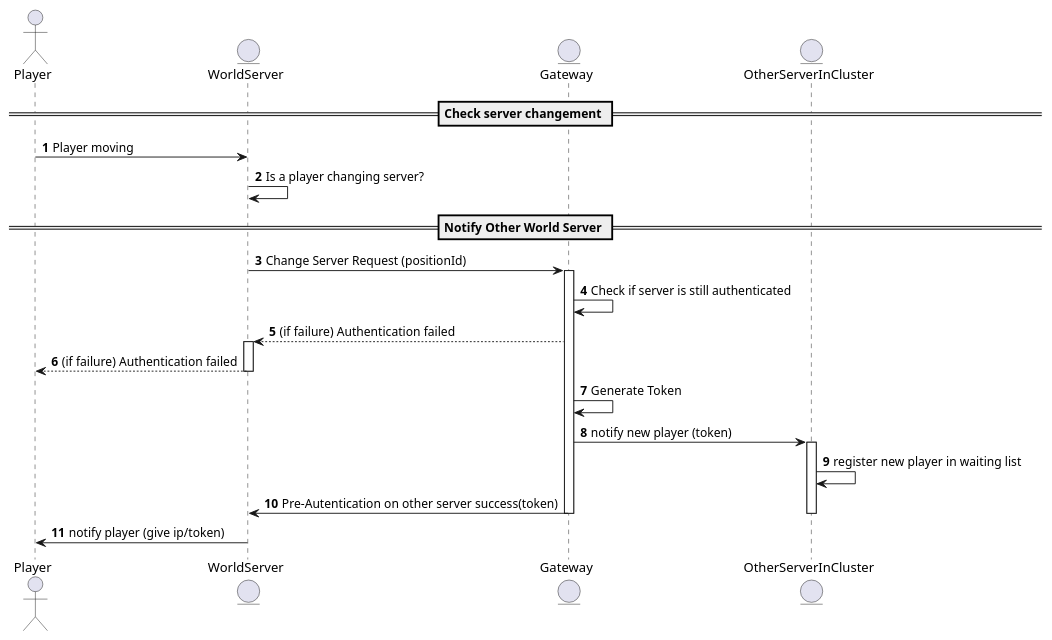
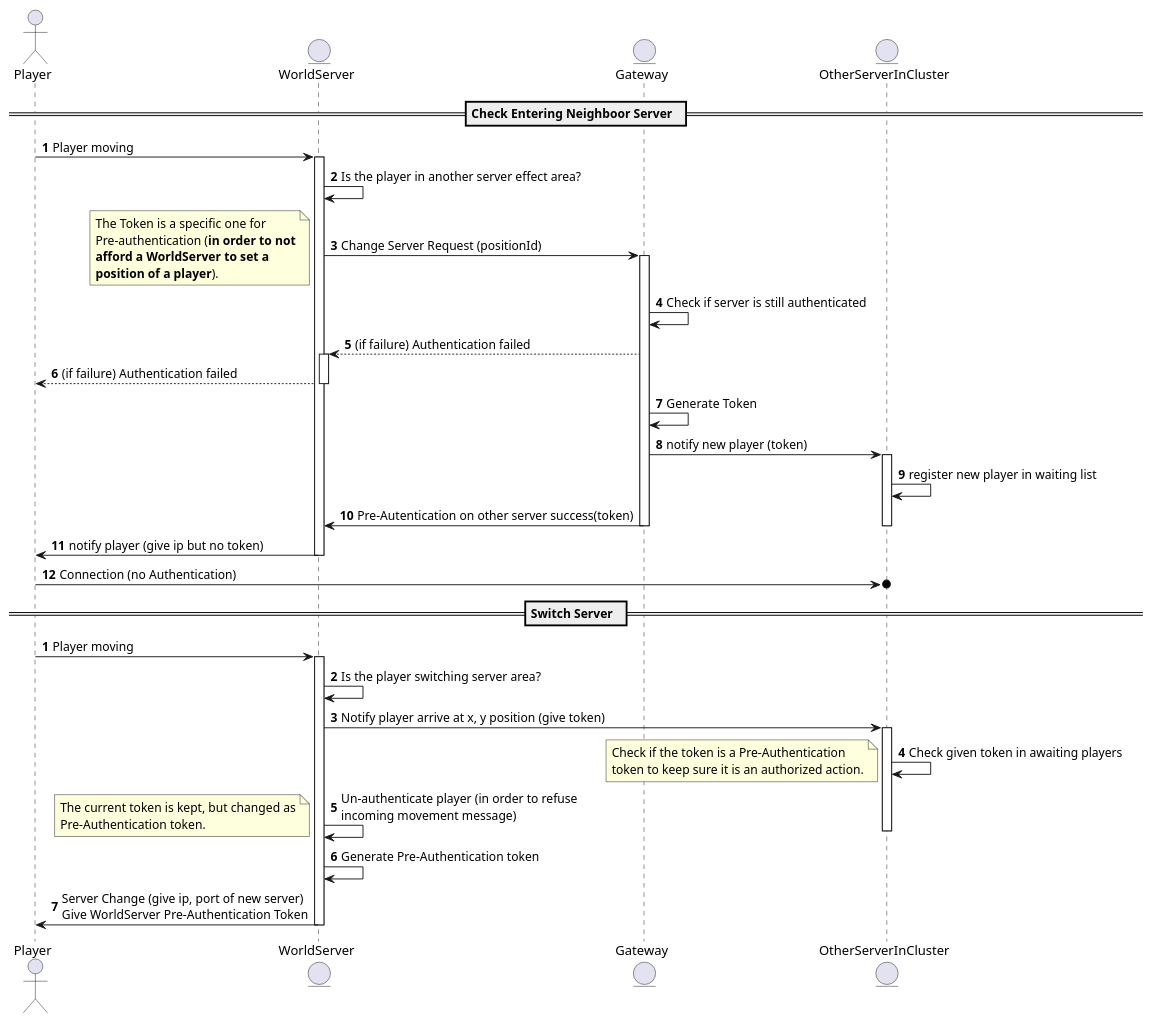
The diagram in Utils/resource/PlayerWorldServerSwitch.puml (FreeYourSoul/DEPRECATED_FreeYourSoul_Server), drawn with PlantUML before and after one commit. The commit also changed 2 other files, not shown here.

Commit message:
[FYS] [Gateway]: - change uml

```diff
--- a/Utils/resource/PlayerWorldServerSwitch.puml
+++ b/Utils/resource/PlayerWorldServerSwitch.puml
@@ -1,33 +1,53 @@
 @startuml
 actor Player
 entity WorldServer
 entity Gateway
 entity OtherServerInCluster
 autonumber
-== Check server changement ==
+== Check Entering Neighboor Server  ==
 Player -> WorldServer: Player moving
-WorldServer -> WorldServer: Is a player changing server?
 
-
-== Notify Other World Server ==
+activate WorldServer
+WorldServer -> WorldServer: Is the player in another server effect area?
 WorldServer -> Gateway: Change Server Request (positionId)
 
 activate Gateway
 
+    note left: The Token is a specific one for\nPre-authentication (<b>in order to not\n<b>afford a WorldServer to set a\n<b>position of a player</b>).
     Gateway -> Gateway: Check if server is still authenticated
     WorldServer <-- Gateway: (if failure) Authentication failed
         activate WorldServer
         Player <-- WorldServer: (if failure) Authentication failed
         deactivate WorldServer
     Gateway -> Gateway: Generate Token
     Gateway -> OtherServerInCluster: notify new player (token)
 
     activate OtherServerInCluster
     OtherServerInCluster -> OtherServerInCluster: register new player in waiting list
     WorldServer <- Gateway: Pre-Autentication on other server success(token)
     deactivate OtherServerInCluster
 
 deactivate Gateway
-WorldServer -> Player: notify player (give ip/token)
+WorldServer -> Player: notify player (give ip but no token)
+deactivate WorldServer
+Player ->o OtherServerInCluster: Connection (no Authentication)
+
+== Switch Server  ==
+autonumber
+Player -> WorldServer: Player moving
+activate WorldServer
+WorldServer -> WorldServer: Is the player switching server area?
+WorldServer -> OtherServerInCluster: Notify player arrive at x, y position (give token)
+activate OtherServerInCluster
+OtherServerInCluster -> OtherServerInCluster: Check given token in awaiting players
+note left: Check if the token is a Pre-Authentication\ntoken to keep sure it is an authorized action.
+WorldServer->WorldServer: Un-authenticate player (in order to refuse\nincoming movement message)
+deactivate OtherServerInCluster
+note left: The current token is kept, but changed as\nPre-Authentication token.
+WorldServer->WorldServer: Generate Pre-Authentication token
+WorldServer->Player: Server Change (give ip, port of new server)\nGive WorldServer Pre-Authentication Token
+
+
+deactivate WorldServer
 
 @enduml
```
